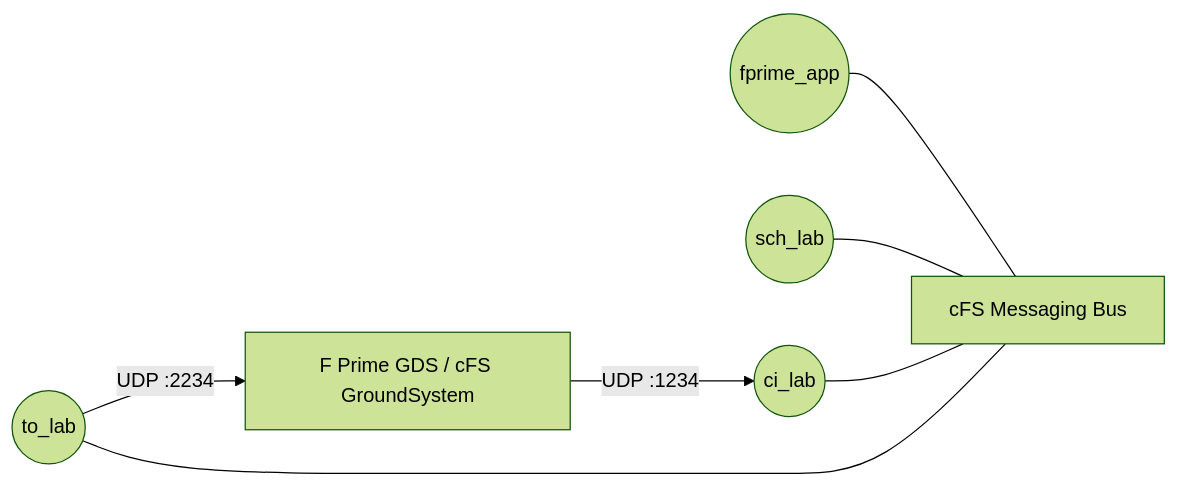
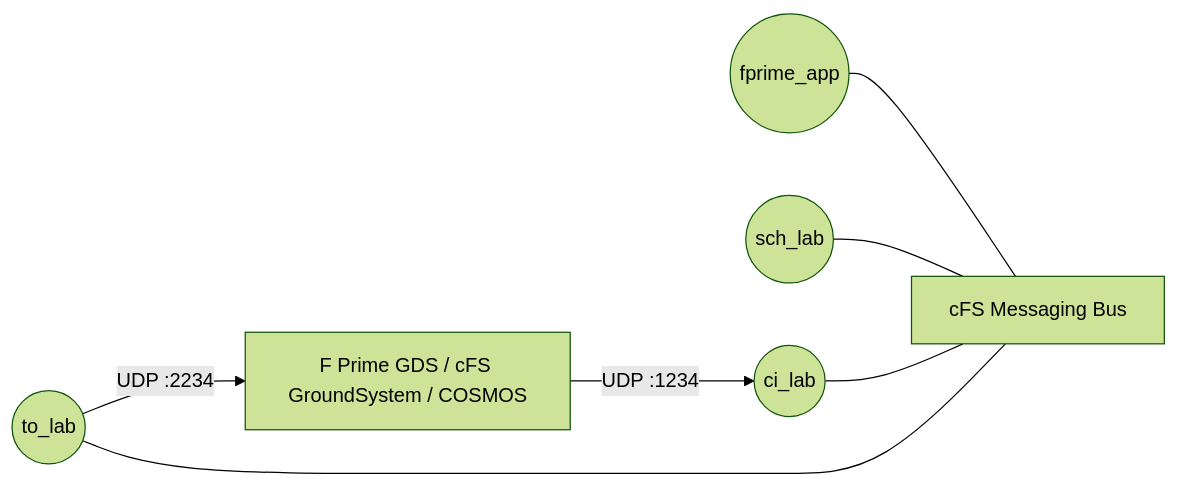
Before and after one commit to fprime-community/fprime_cfs_reference: the diagram in README.md, drawn with Mermaid (forest theme). The commit also changed other lines of this file and 7 other files, not shown here.

````diff
--- a/README.md
+++ b/README.md
@@ -30,9 +31,9 @@
 ```mermaid
 flowchart LR
     fprime_app(("fprime_app")) --- Bus[cFS Messaging Bus]
     sch_lab(("sch_lab")) --- Bus
     ci_lab(("ci_lab")) --- Bus
     to_lab(("to_lab")) --- Bus
-    gds["F Prime GDS / cFS GroundSystem"] -- "UDP :1234" --> ci_lab
+    gds["F Prime GDS / cFS GroundSystem / COSMOS"] -- "UDP :1234" --> ci_lab
     to_lab -- "UDP :2234" --> gds
 ```
````
